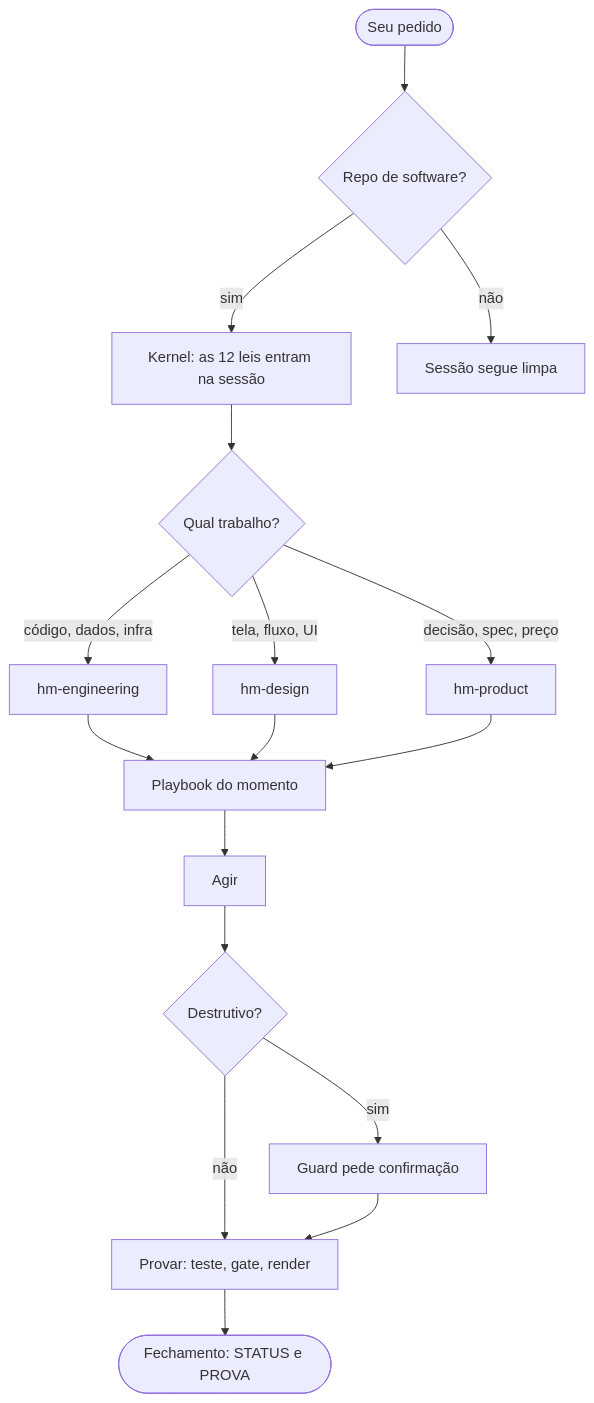
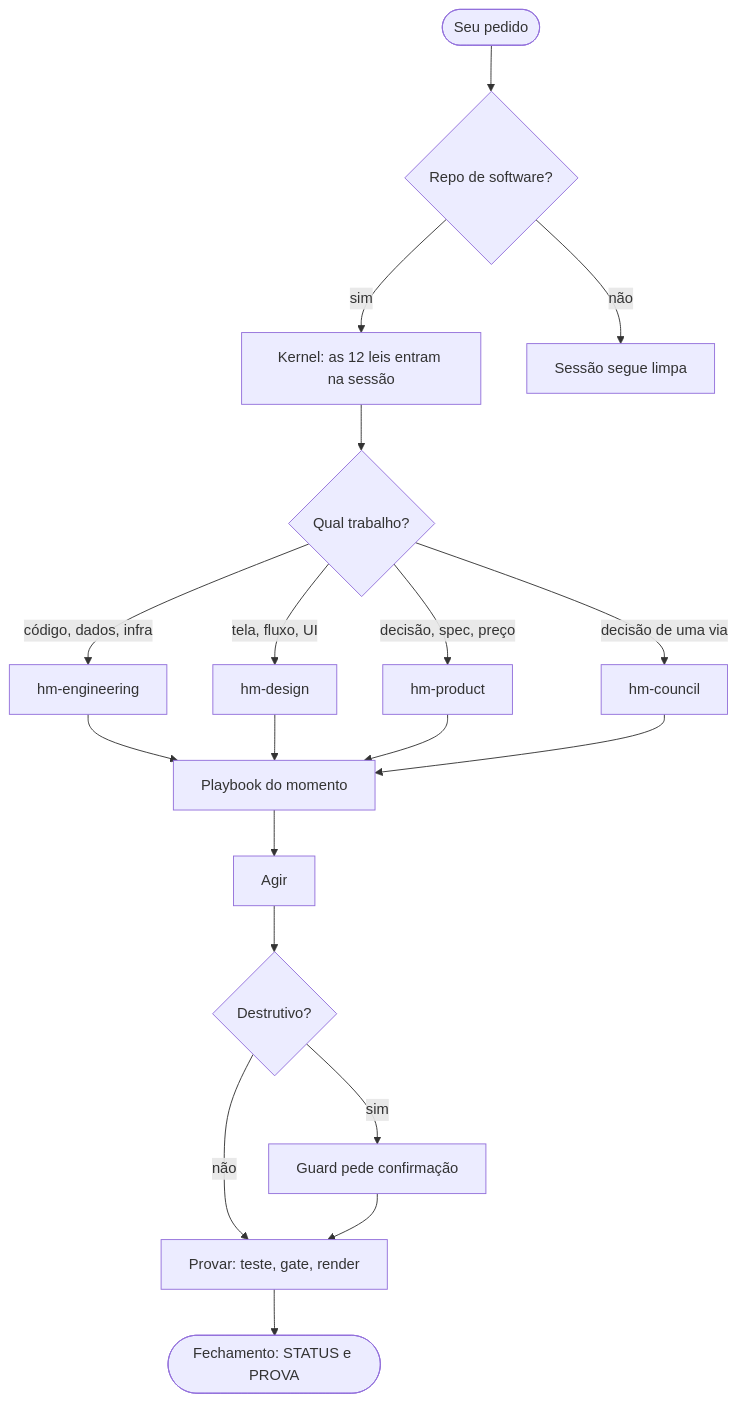
The diagram in README.md (rodrigohighermind/highermind-skills), drawn with Mermaid before and after one commit. The commit also changed other lines of this file and 14 other files, not shown here.

````diff
--- a/README.md
+++ b/README.md
@@ -106,19 +107,21 @@
 ```mermaid
 flowchart TD
     A([Seu pedido]) --> B{Repo de software?}
     B -- sim --> C[Kernel: as 12 leis entram na sessão]
     B -- não --> D[Sessão segue limpa]
     C --> E{Qual trabalho?}
     E -- código, dados, infra --> F[hm-engineering]
     E -- tela, fluxo, UI --> G[hm-design]
     E -- decisão, spec, preço --> H[hm-product]
+    E -- decisão de uma via --> Q[hm-council]
     F --> I[Playbook do momento]
     G --> I
     H --> I
+    Q --> I
     I --> J[Agir]
     J --> K{Destrutivo?}
     K -- sim --> L[Guard pede confirmação]
     K -- não --> M[Provar: teste, gate, render]
     L --> M
     M --> N([Fechamento: STATUS e PROVA])
 ```
````
